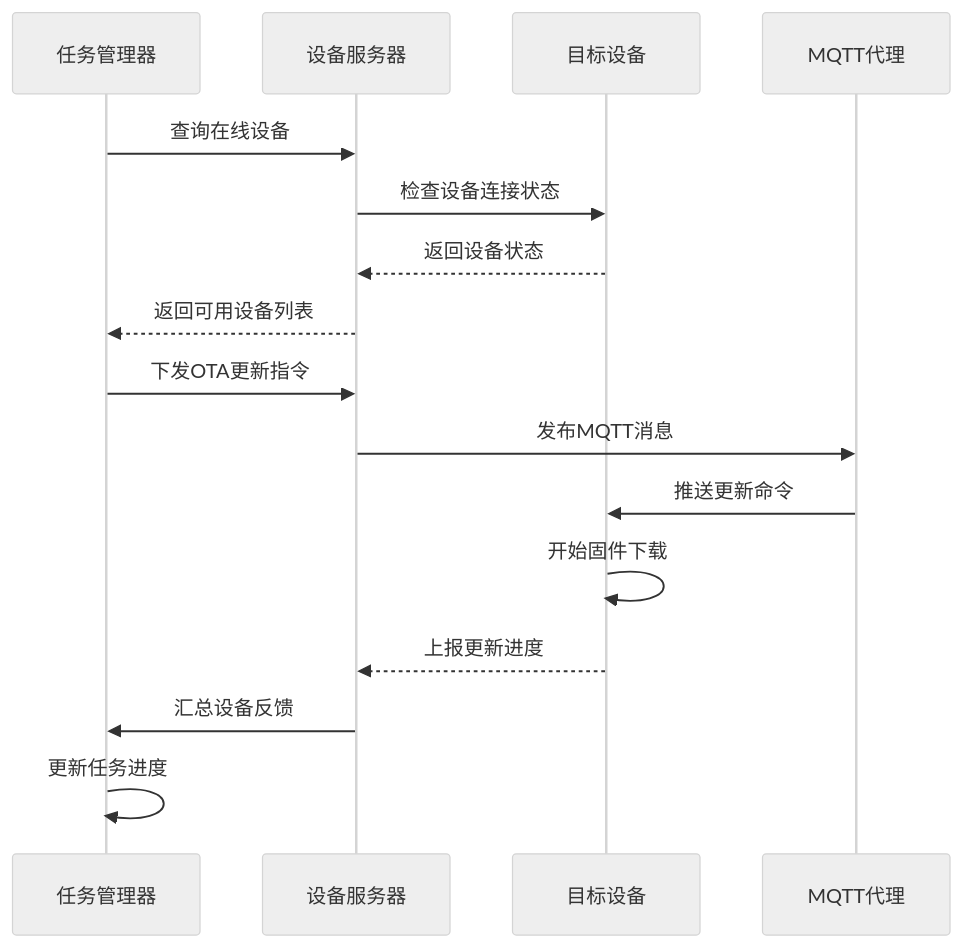
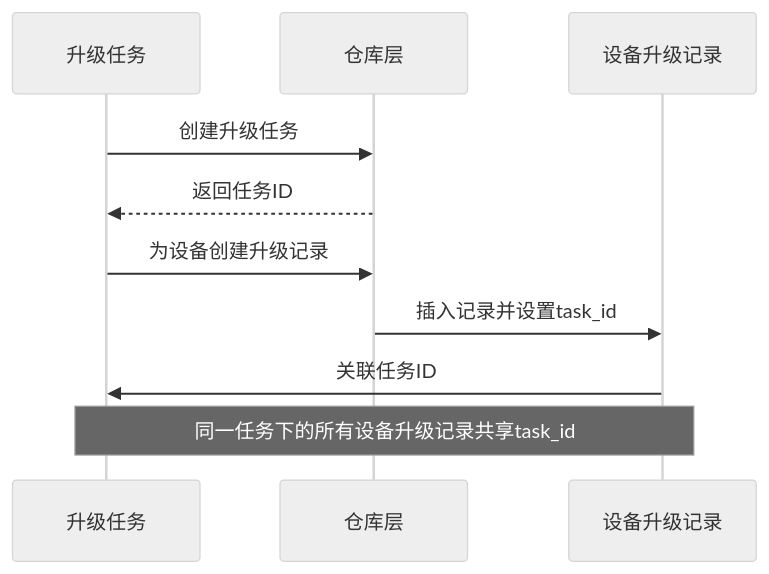
Before and after one commit to mcmrzy/cs_inv_monitor-develop: diagram 12 of 18 in .qoder/repowiki/zh/content/OTA升级系统/OTA任务调度/OTA任务调度.md, drawn with Mermaid (neutral theme). The commit also changed other lines of this file and 128 other files, not shown here.

````diff
--- a/.qoder/repowiki/zh/content/OTA升级系统/OTA任务调度/OTA任务调度.md
+++ b/.qoder/repowiki/zh/content/OTA升级系统/OTA任务调度/OTA任务调度.md
@@ -432,18 +540,12 @@
 ```mermaid
 sequenceDiagram
-participant Manager as 任务管理器
-participant DeviceServer as 设备服务器
-participant Device as 目标设备
-participant MQTT as MQTT代理
-Manager->>DeviceServer : 查询在线设备
-DeviceServer->>Device : 检查设备连接状态
-Device-->>DeviceServer : 返回设备状态
-DeviceServer-->>Manager : 返回可用设备列表
-Manager->>DeviceServer : 下发OTA更新指令
-DeviceServer->>MQTT : 发布MQTT消息
-MQTT->>Device : 推送更新命令
-Device->>Device : 开始固件下载
-Device-->>DeviceServer : 上报更新进度
-DeviceServer->>Manager : 汇总设备反馈
-Manager->>Manager : 更新任务进度
+participant Task as 升级任务
+participant Repo as 仓库层
+participant DeviceUpgrade as 设备升级记录
+Task->>Repo : 创建升级任务
+Repo-->>Task : 返回任务ID
+Task->>Repo : 为设备创建升级记录
+Repo->>DeviceUpgrade : 插入记录并设置task_id
+DeviceUpgrade->>Task : 关联任务ID
+Note over Task,DeviceUpgrade : 同一任务下的所有设备升级记录共享task_id
 ```
````
